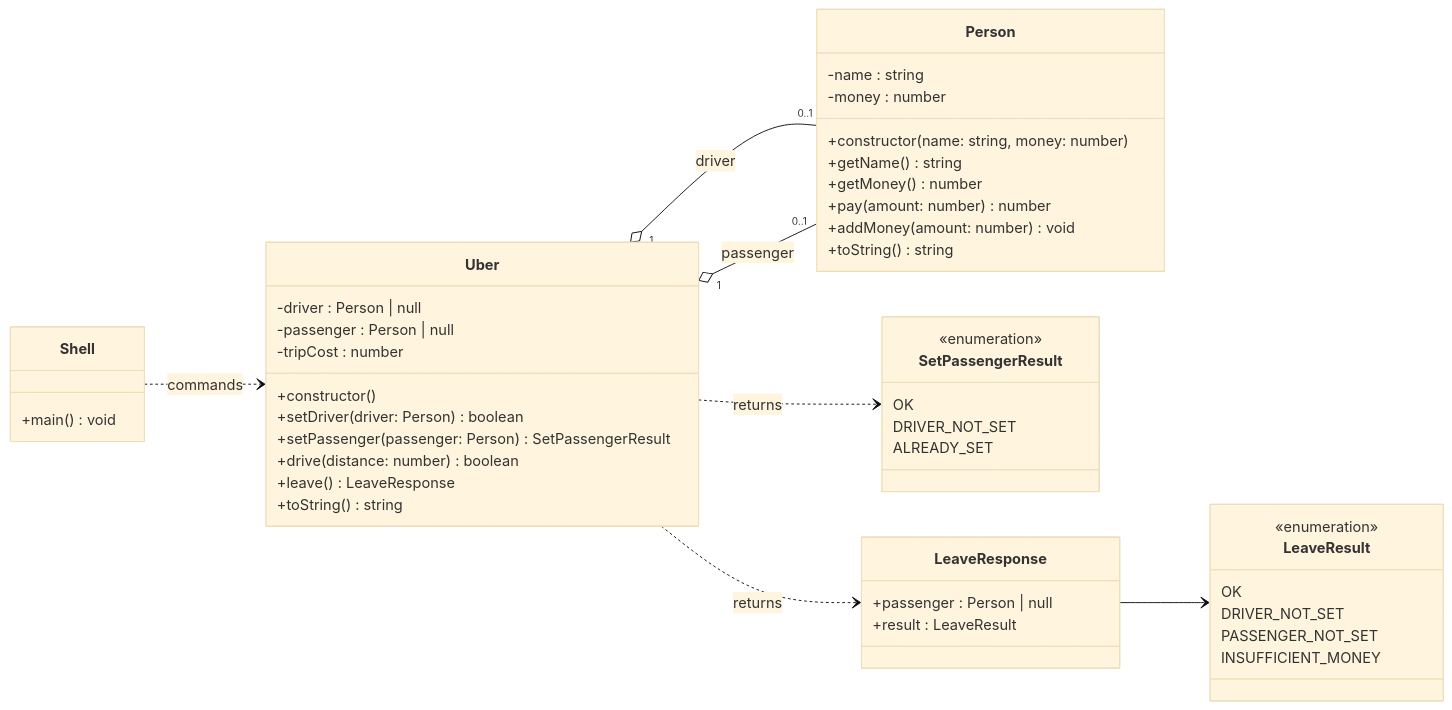
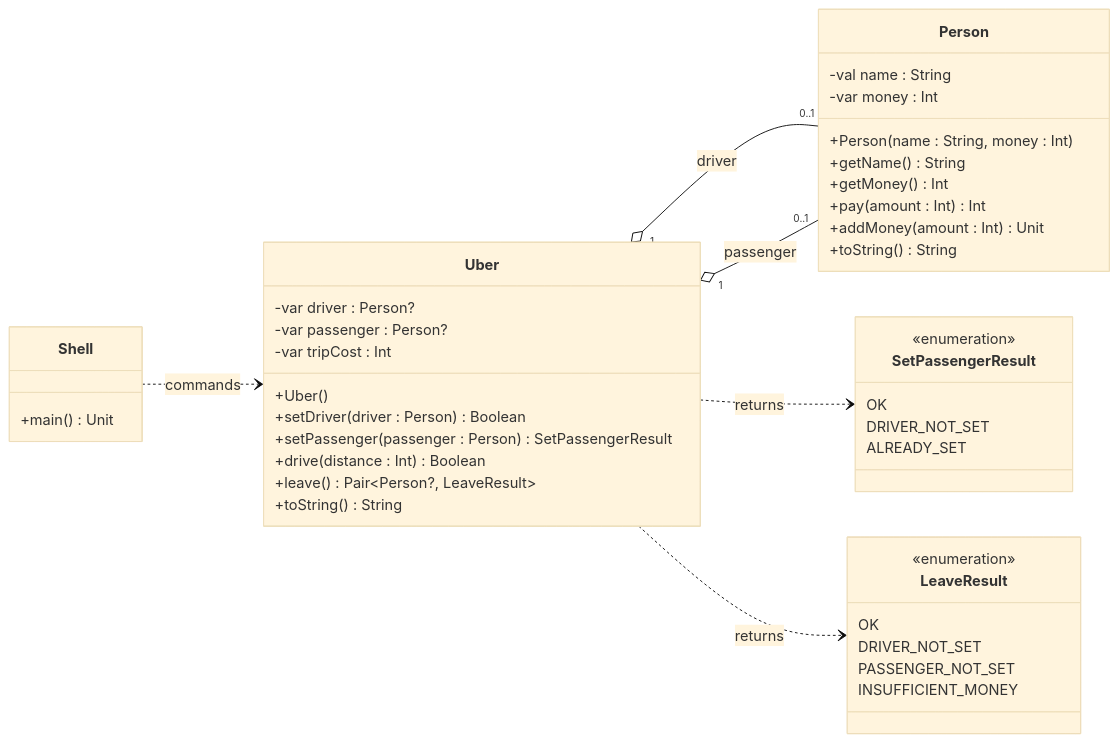
One commit to qxcodepoo/arcade changed the diagram in labs/motouber/README.md. Above: the diagram before and after it, drawn with Mermaid. The commit also changed other lines of this file and 201 other files, not shown here.

````diff
--- a/labs/motouber/README.md
+++ b/labs/motouber/README.md
@@ -52,59 +56,53 @@
 ```mermaid
 %%{init: {'theme': 'base', 'fontFamily': 'monospace'}}%%
 classDiagram
     direction LR
 
     class Person {
-        -name : string
-        -money : number
-        +constructor(name: string, money: number)
-        +getName() string
-        +getMoney() number
-        +pay(amount: number) number
-        +addMoney(amount: number) void
-        +toString() string
+        -val name : String
+        -var money : Int
+        +Person(name : String, money : Int)
+        +getName() String
+        +getMoney() Int
+        +pay(amount : Int) Int
+        +addMoney(amount : Int) Unit
+        +toString() String
     }
 
     class SetPassengerResult {
         <<enumeration>>
         OK
         DRIVER_NOT_SET
         ALREADY_SET
     }
 
     class LeaveResult {
         <<enumeration>>
         OK
         DRIVER_NOT_SET
         PASSENGER_NOT_SET
         INSUFFICIENT_MONEY
     }
 
-    class LeaveResponse {
-        +passenger : Person | null
-        +result : LeaveResult
-    }
-
     class Uber {
-        -driver : Person | null
-        -passenger : Person | null
-        -tripCost : number
-        +constructor()
-        +setDriver(driver: Person) boolean
-        +setPassenger(passenger: Person) SetPassengerResult
-        +drive(distance: number) boolean
-        +leave() LeaveResponse
-        +toString() string
+        -var driver : Person?
+        -var passenger : Person?
+        -var tripCost : Int
+        +Uber()
+        +setDriver(driver : Person) Boolean
+        +setPassenger(passenger : Person) SetPassengerResult
+        +drive(distance : Int) Boolean
+        +leave() Pair~Person?, LeaveResult~
+        +toString() String
     }
 
     class Shell {
-        +main() void
+        +main() Unit
     }
 
     Uber "1" o-- "0..1" Person : driver
     Uber "1" o-- "0..1" Person : passenger
     Uber ..> SetPassengerResult : returns
-    Uber ..> LeaveResponse : returns
-    LeaveResponse --> LeaveResult
+    Uber ..> LeaveResult : returns
     Shell ..> Uber : commands
 ```
````
